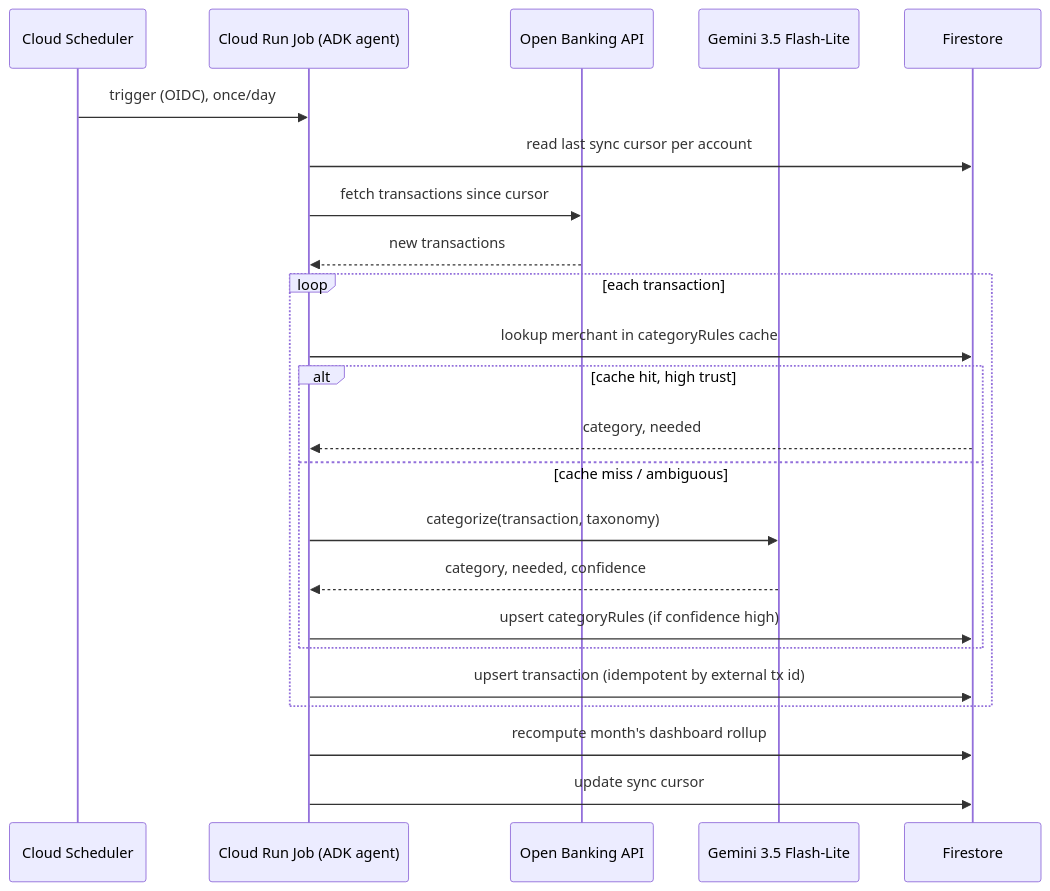
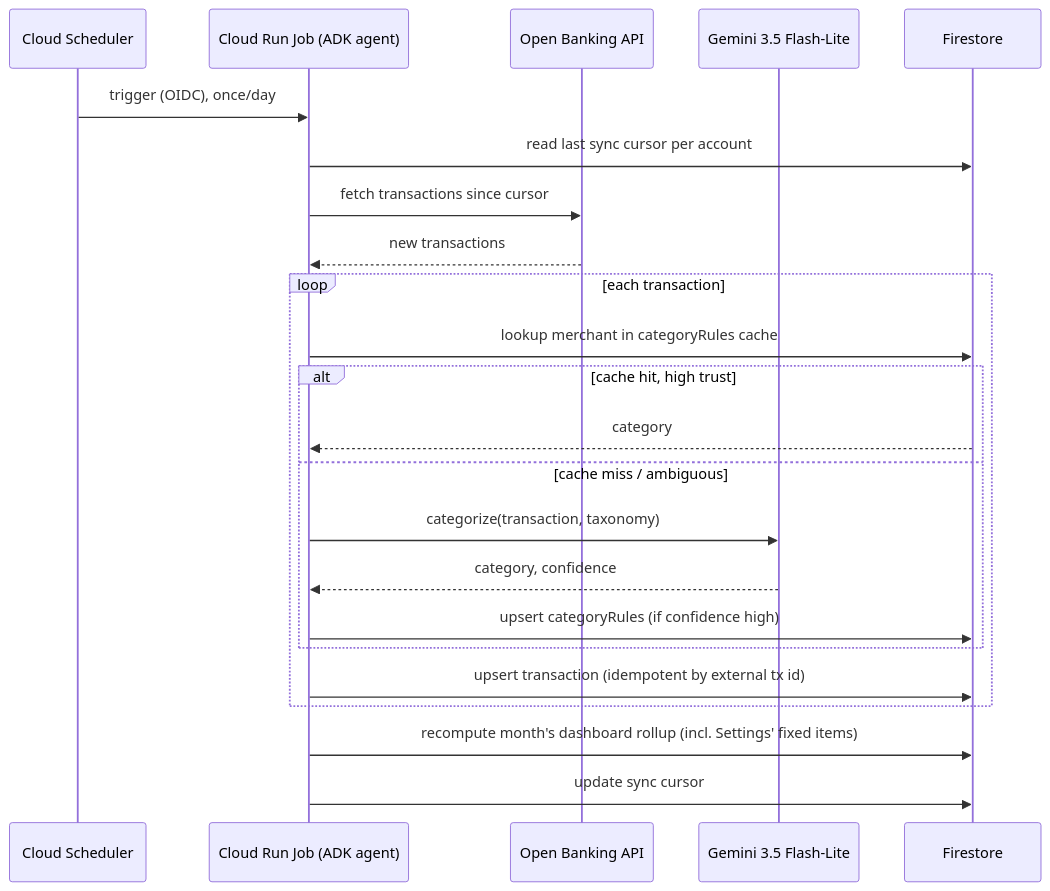
The second of 2 diagrams in docs/ARCHITECTURE.md (ffilipasoares/home_app), drawn with Mermaid before and after one commit. The commit also changed other lines of this file and 13 other files, not shown here.

First line of the commit message:
Drop needed/discretionary; add fixed monthly items; new category taxonomy

````diff
--- a/docs/ARCHITECTURE.md
+++ b/docs/ARCHITECTURE.md
@@ -198,26 +206,26 @@
 ```mermaid
 sequenceDiagram
     participant Sched as Cloud Scheduler
     participant Job as Cloud Run Job (ADK agent)
     participant OB as Open Banking API
     participant Gemini as Gemini 3.5 Flash-Lite
     participant FS as Firestore
 
     Sched->>Job: trigger (OIDC), once/day
     Job->>FS: read last sync cursor per account
     Job->>OB: fetch transactions since cursor
     OB-->>Job: new transactions
     loop each transaction
         Job->>FS: lookup merchant in categoryRules cache
         alt cache hit, high trust
-            FS-->>Job: category, needed
+            FS-->>Job: category
         else cache miss / ambiguous
             Job->>Gemini: categorize(transaction, taxonomy)
-            Gemini-->>Job: category, needed, confidence
+            Gemini-->>Job: category, confidence
             Job->>FS: upsert categoryRules (if confidence high)
         end
         Job->>FS: upsert transaction (idempotent by external tx id)
     end
-    Job->>FS: recompute month's dashboard rollup
+    Job->>FS: recompute month's dashboard rollup (incl. Settings' fixed items)
     Job->>FS: update sync cursor
 ```
````
